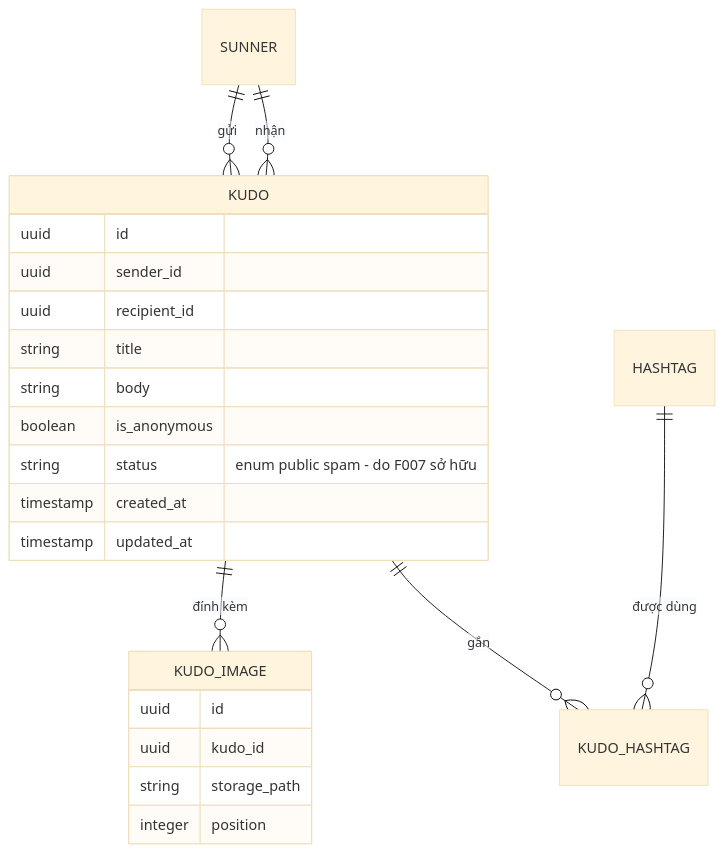
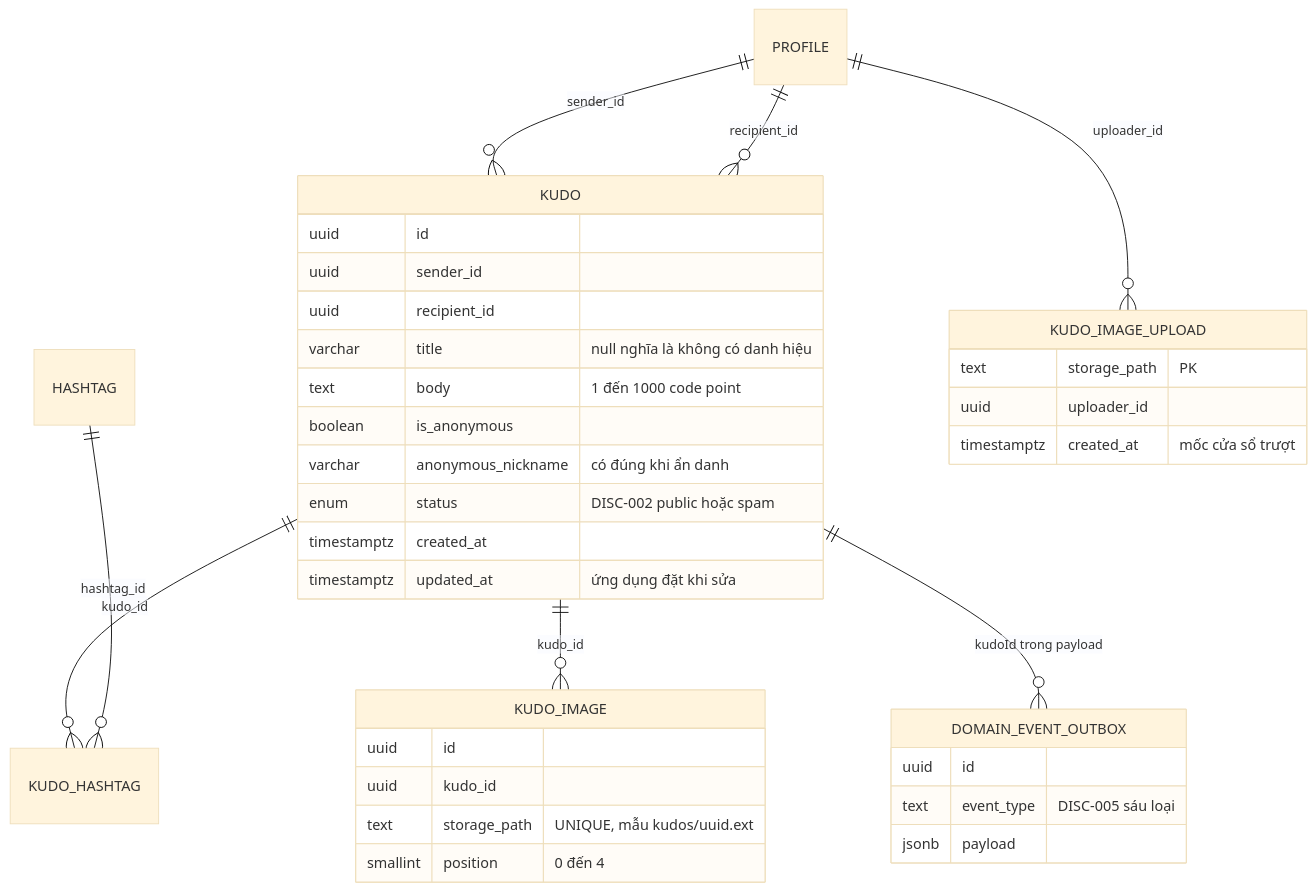
The fifth of 8 diagrams in docs/features/F003_KudosAuthoring/technical-spec.md (hailv-3571/agentic-coding-hands-on), drawn with Mermaid (base theme) before and after one commit. The commit also changed other lines of this file and 250 other files, not shown here.

````diff
--- a/docs/features/F003_KudosAuthoring/technical-spec.md
+++ b/docs/features/F003_KudosAuthoring/technical-spec.md
@@ -211,25 +390,38 @@
 ```mermaid
 erDiagram
-    SUNNER ||--o{ KUDO : "gửi"
-    SUNNER ||--o{ KUDO : "nhận"
-    KUDO ||--o{ KUDO_IMAGE : "đính kèm"
-    KUDO ||--o{ KUDO_HASHTAG : "gắn"
-    HASHTAG ||--o{ KUDO_HASHTAG : "được dùng"
+    PROFILE ||--o{ KUDO : "sender_id"
+    PROFILE ||--o{ KUDO : "recipient_id"
+    KUDO ||--o{ KUDO_HASHTAG : "kudo_id"
+    HASHTAG ||--o{ KUDO_HASHTAG : "hashtag_id"
+    KUDO ||--o{ KUDO_IMAGE : "kudo_id"
+    PROFILE ||--o{ KUDO_IMAGE_UPLOAD : "uploader_id"
+    KUDO ||--o{ DOMAIN_EVENT_OUTBOX : "kudoId trong payload"
     KUDO {
         uuid id
         uuid sender_id
         uuid recipient_id
-        string title
-        string body
+        varchar title "null nghĩa là không có danh hiệu"
+        text body "1 đến 1000 code point"
         boolean is_anonymous
-        string status "enum public spam - do F007 sở hữu"
-        timestamp created_at
-        timestamp updated_at
+        varchar anonymous_nickname "có đúng khi ẩn danh"
+        enum status "DISC-002 public hoặc spam"
+        timestamptz created_at
+        timestamptz updated_at "ứng dụng đặt khi sửa"
     }
     KUDO_IMAGE {
         uuid id
         uuid kudo_id
-        string storage_path
-        integer position
+        text storage_path "UNIQUE, mẫu kudos/uuid.ext"
+        smallint position "0 đến 4"
+    }
+    KUDO_IMAGE_UPLOAD {
+        text storage_path "PK"
+        uuid uploader_id
+        timestamptz created_at "mốc cửa sổ trượt"
+    }
+    DOMAIN_EVENT_OUTBOX {
+        uuid id
+        text event_type "DISC-005 sáu loại"
+        jsonb payload
     }
 ```
````
